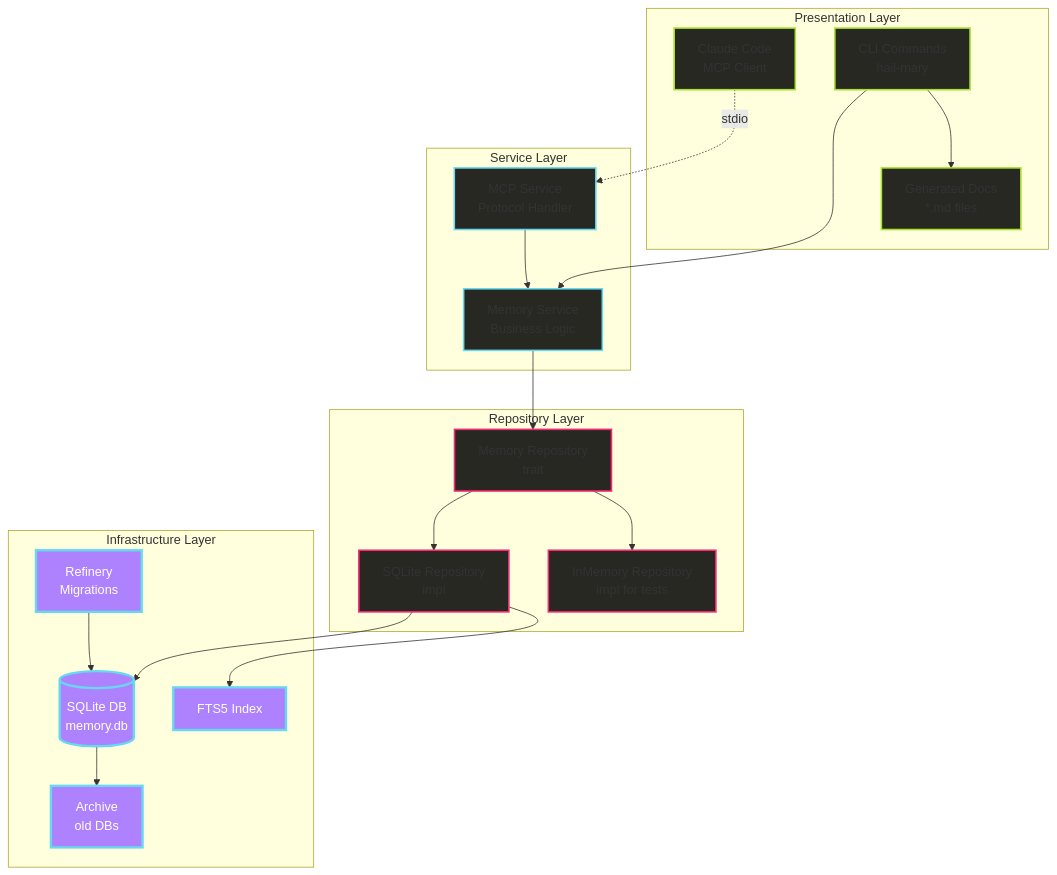
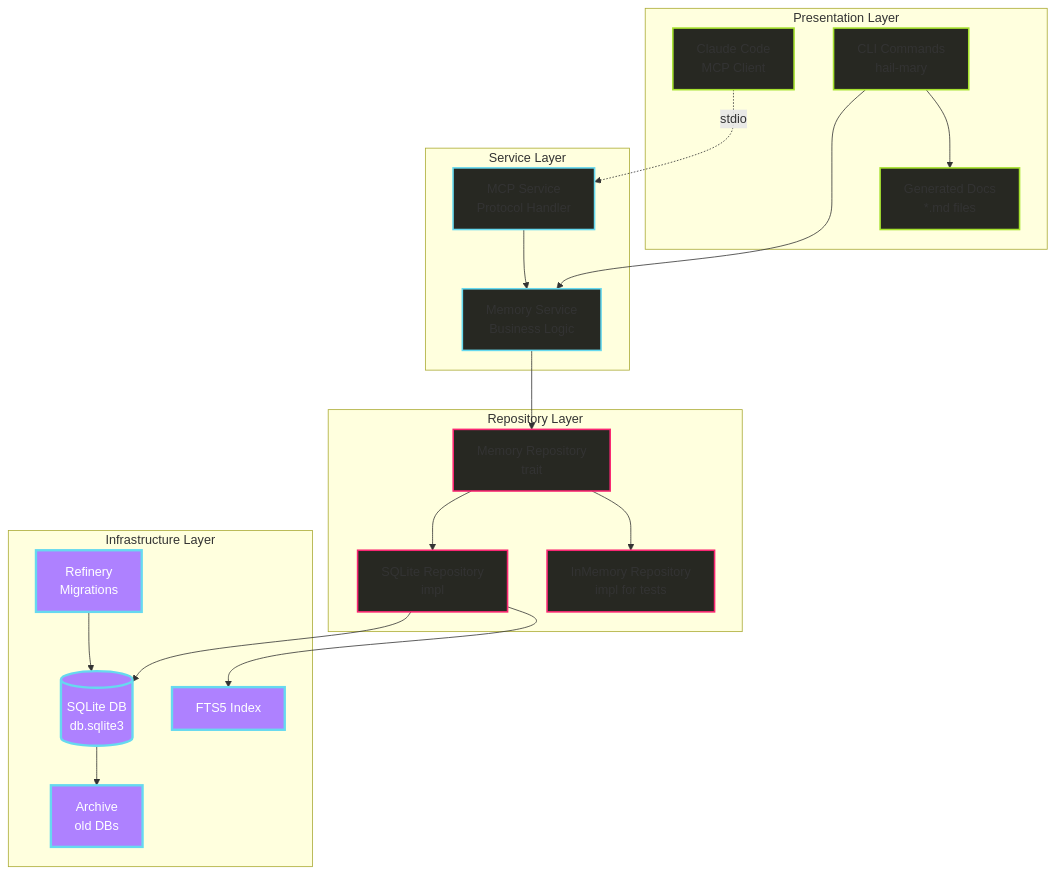
The first of 5 diagrams in .kiro/specs/2025-08-16-memory-mcp/design-v3.md (ashigirl96/hail-mary), drawn with Mermaid before and after one commit. The commit also changed other lines of this file, not shown here.

````diff
--- a/.kiro/specs/2025-08-16-memory-mcp/design-v3.md
+++ b/.kiro/specs/2025-08-16-memory-mcp/design-v3.md
@@ -78,61 +78,61 @@
 ```mermaid
 %%{init: {
   'theme': 'dark',
   'themeCSS': '
     .nodeLabel { color: #FD971F !important; }
     .edgeLabel { color: #A6E22E !important; background-color: transparent !important; }
     .cluster rect { fill: #272822 !important; stroke: #F92672 !important; stroke-width: 2px !important; rx: 5px !important; ry: 5px !important; }
     .node rect, .node circle, .node ellipse, .node polygon, .node path { fill: #272822 !important; stroke: #A6E22E !important; stroke-width: 2px !important; }
     .flowchart-link { stroke: #66D9EF !important; stroke-width: 2px !important; }
   '
 }}%%
 graph TB
     subgraph "Presentation Layer"
         A[Claude Code<br/>MCP Client]
         B[CLI Commands<br/>hail-mary]
         C[Generated Docs<br/>*.md files]
     end
     
     subgraph "Service Layer"
         D[Memory Service<br/>Business Logic]
         E[MCP Service<br/>Protocol Handler]
     end
     
     subgraph "Repository Layer"
         F[Memory Repository<br/>trait]
         G[SQLite Repository<br/>impl]
         H[InMemory Repository<br/>impl for tests]
     end
     
     subgraph "Infrastructure Layer"
-        I[(SQLite DB<br/>memory.db)]
+        I[(SQLite DB<br/>db.sqlite3)]
         J[FTS5 Index]
         K[Refinery<br/>Migrations]
         L[Archive<br/>old DBs]
     end
     
     A -.->|stdio| E
     B --> D
     B --> C
     
     E --> D
     D --> F
     F --> G
     F --> H
     
     G --> I
     G --> J
     K --> I
     
     I --> L
     
     classDef type1 fill:#272822,stroke:#A6E22E,stroke-width:2px;
     classDef type2 fill:#272822,stroke:#66D9EF,stroke-width:2px;
     classDef type3 fill:#272822,stroke:#F92672,stroke-width:2px;
     classDef highlighted fill:#AE81FF,stroke:#66D9EF,stroke-width:3px,color:#FFF;
     
     class A,B,C type1;
     class D,E type2;
     class F,G,H type3;
     class I,J,K,L highlighted;
 ```
````
